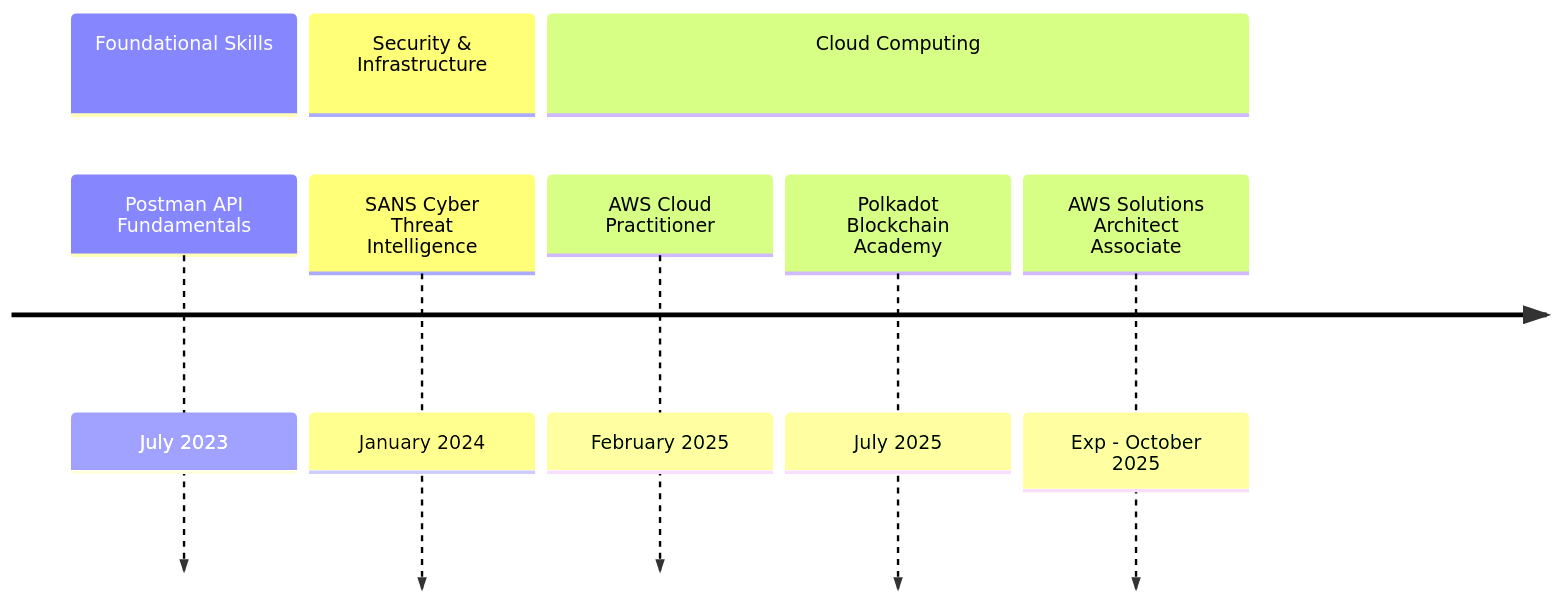
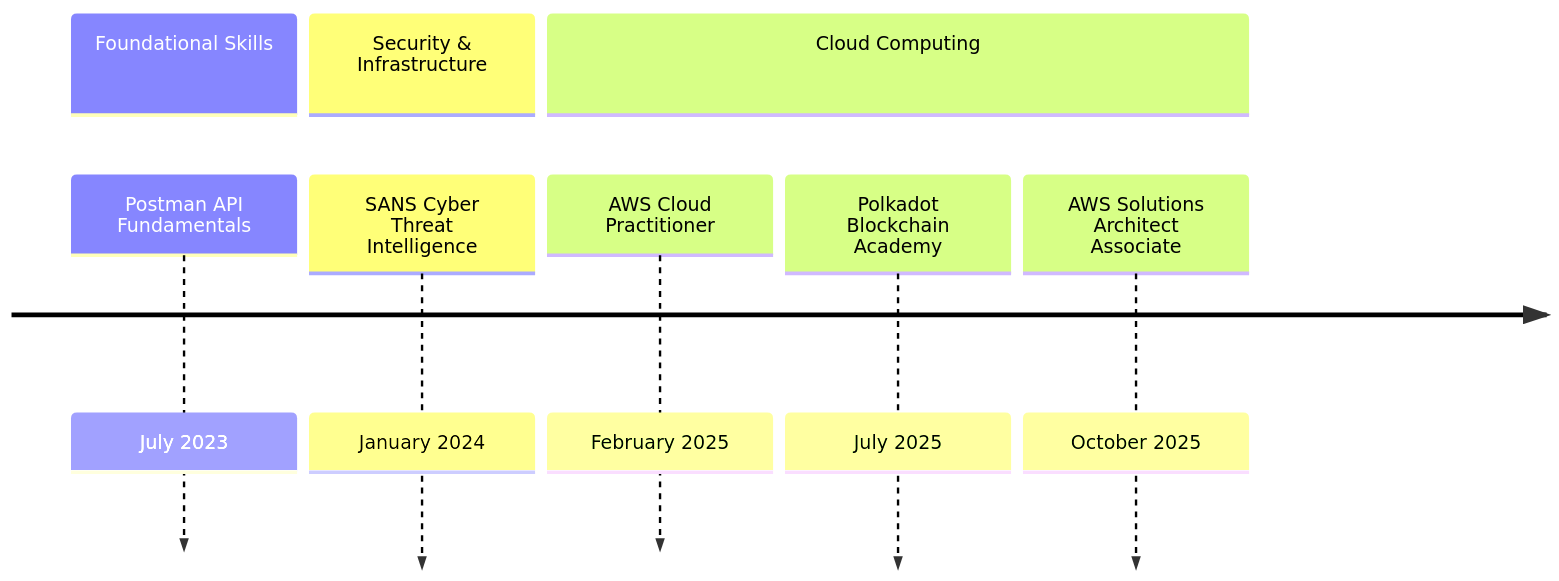
One commit to saraprettyman/saraprettyman changed the diagram in README.md. Above: the diagram before and after it, drawn with Mermaid.

Commit message:
Update expected date to acquired for AWS Solutions Architect

````diff
--- a/README.md
+++ b/README.md
@@ -73,12 +73,12 @@
 ```mermaid
 timeline
     title 
     section Foundational Skills
         Postman API Fundamentals : July 2023
     section Security & Infrastructure
         SANS Cyber Threat Intelligence : January 2024
     section Cloud Computing
         AWS Cloud Practitioner : February 2025
         Polkadot Blockchain Academy : July 2025
-        AWS Solutions Architect Associate : Exp - October 2025
+        AWS Solutions Architect Associate : October 2025
 ```
````
